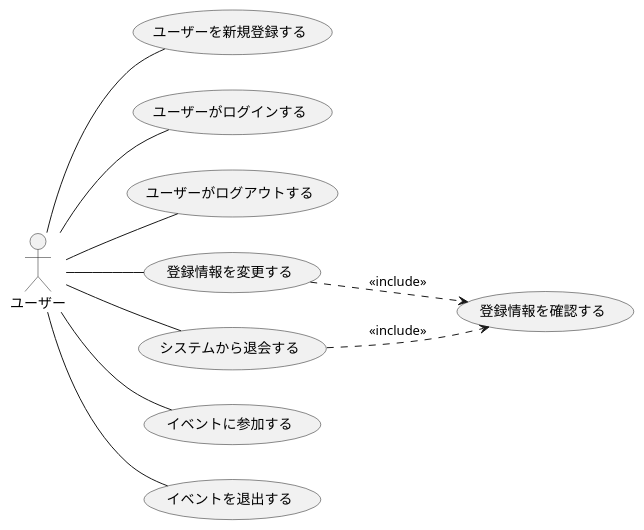
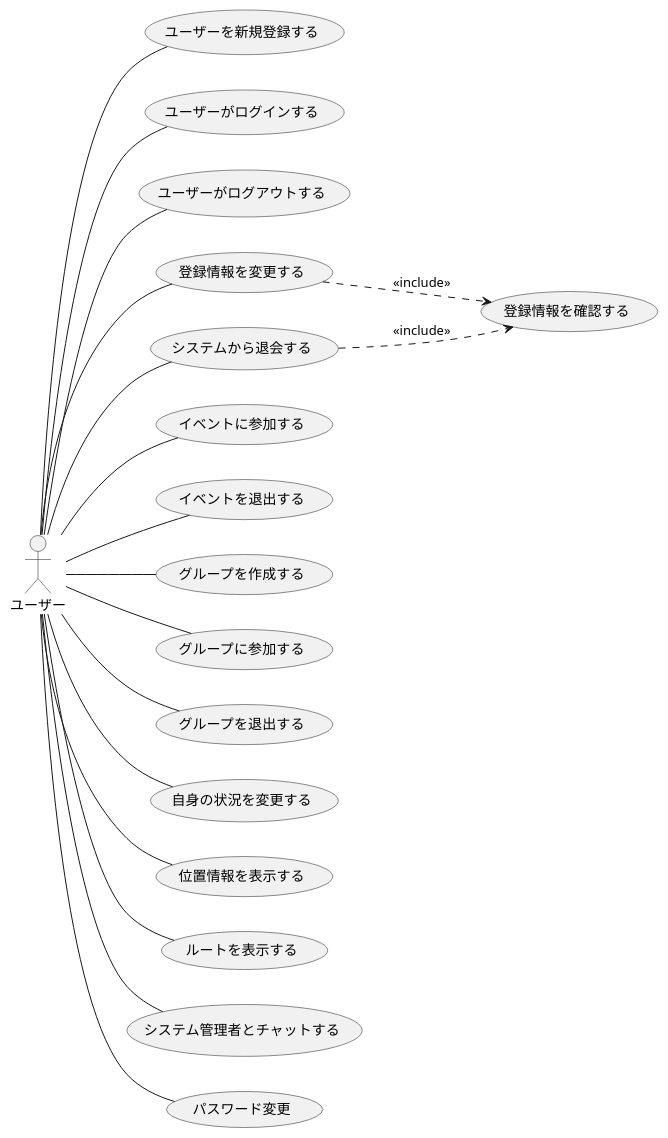
One commit to ksw2270227/GroupF changed the diagram in F_usecase_user1.plantuml. Above: the diagram before and after it, drawn with PlantUML. The commit also changed 4 other files, not shown here.

```diff
--- a/F_usecase_user1.plantuml
+++ b/F_usecase_user1.plantuml
@@ -1,17 +1,25 @@
-@startuml user_usecase(1)
+@startuml user_usecase11/30
 
 left to right direction
 actor ユーザー
 
 ユーザー -- (ユーザーを新規登録する)
 ユーザー -- (ユーザーがログインする)
 ユーザー -- (ユーザーがログアウトする)
 ユーザー -- (登録情報を変更する)
 ユーザー -- (システムから退会する)
 (登録情報を変更する) ..> (登録情報を確認する) : <<include>>
 (システムから退会する) ..> (登録情報を確認する) : <<include>>
 ユーザー -- (イベントに参加する)
 ユーザー -- (イベントを退出する)
+ユーザー -- (グループを作成する)
+ユーザー -- (グループに参加する)
+ユーザー -- (グループを退出する)
+ユーザー -- (自身の状況を変更する)
+ユーザー -- (位置情報を表示する)
+ユーザー -- (ルートを表示する)
+ユーザー -- (システム管理者とチャットする)
+ユーザー -- (パスワード変更)
 
 
 @enduml
```
